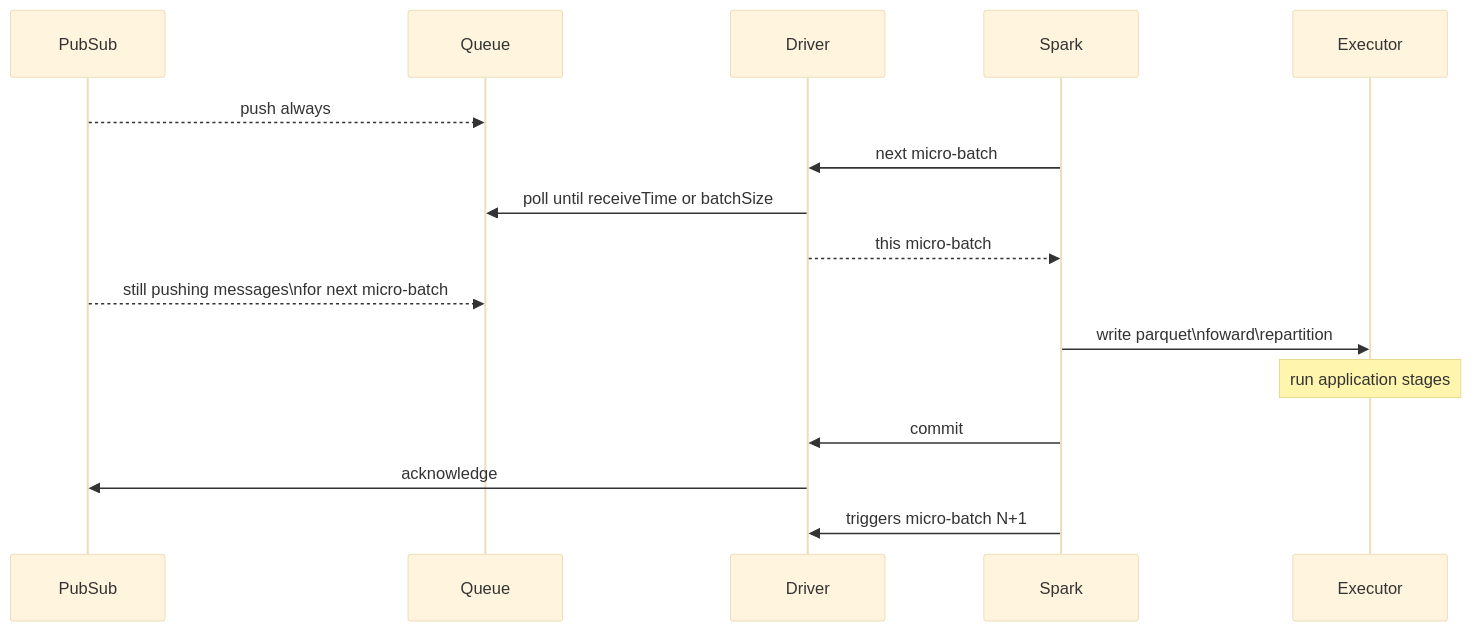
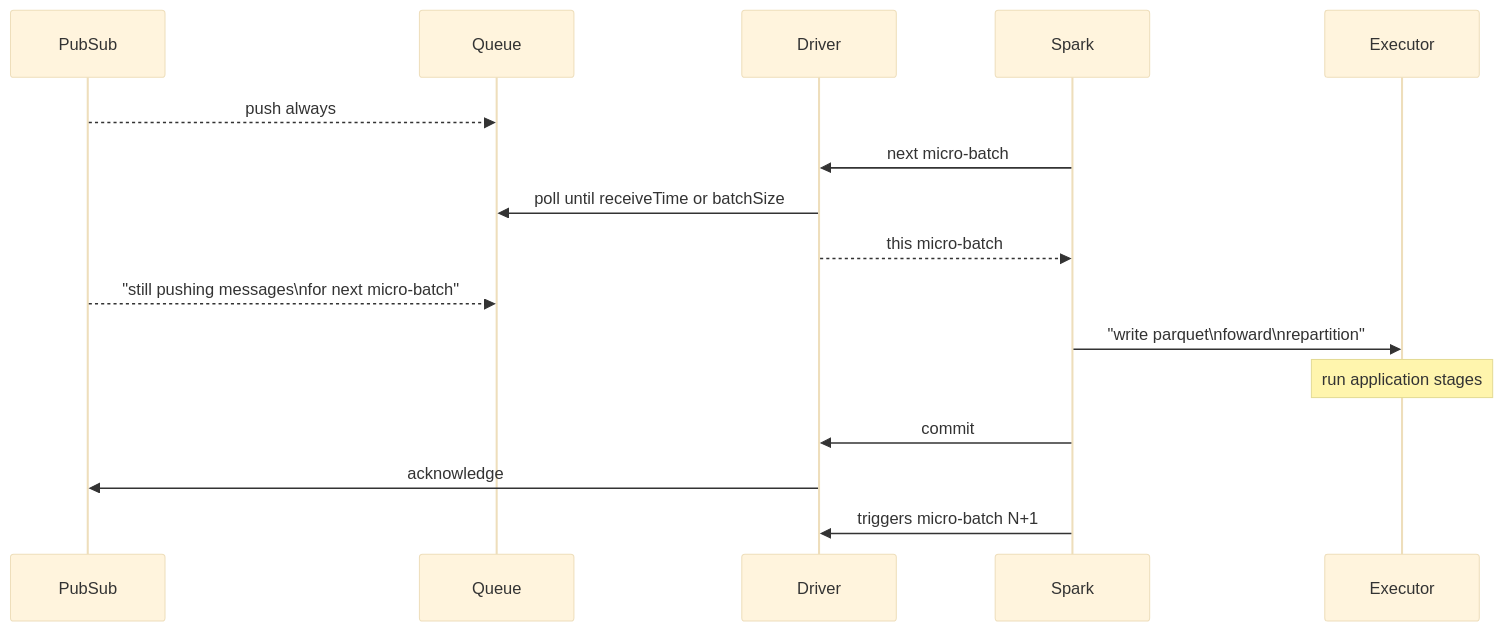
The first of 2 diagrams in README.md (juarezr/spark-streaming-google-pubsub), drawn with Mermaid (base theme) before and after one commit.

Commit message:
docs: update diagram in README

````diff
--- a/README.md
+++ b/README.md
@@ -167,18 +167,18 @@
 ```mermaid
 sequenceDiagram
   participant PubSub
   participant Queue
   participant Driver
   participant Spark
   participant Executor
   PubSub-->>Queue: push always
   Spark->>Driver: next micro-batch
   Driver->>Queue: poll until receiveTime or batchSize
   Driver-->>Spark: this micro-batch
-  PubSub-->>Queue: still pushing messages\nfor next micro-batch
-  Spark->>Executor: write parquet\nfoward\repartition
+  PubSub-->>Queue: "still pushing messages\nfor next micro-batch"
+  Spark->>Executor: "write parquet\nfoward\nrepartition"
   Note over Executor: run application stages
   Spark->>Driver: commit
   Driver->>PubSub: acknowledge
   Spark->>Driver: triggers micro-batch N+1
 ```
````
